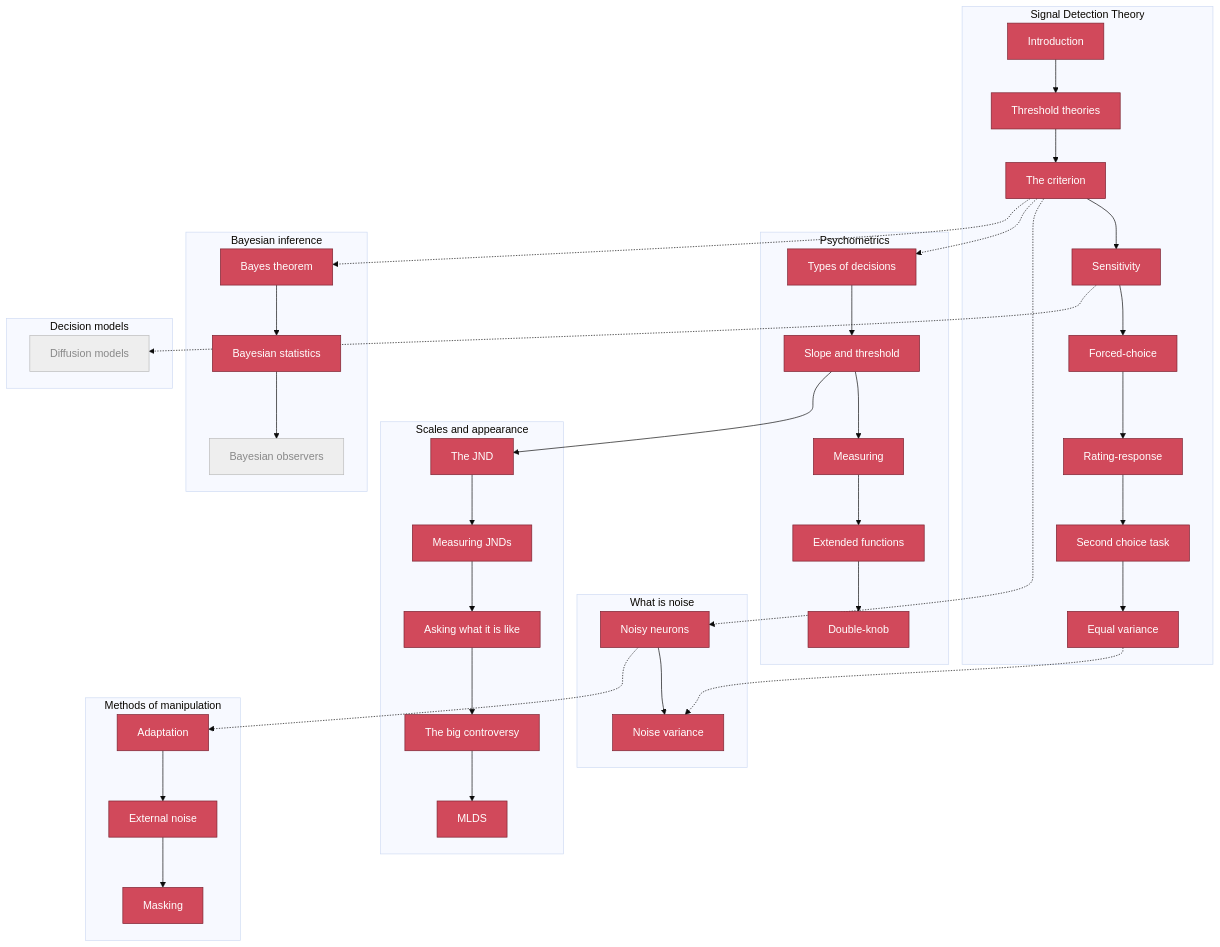
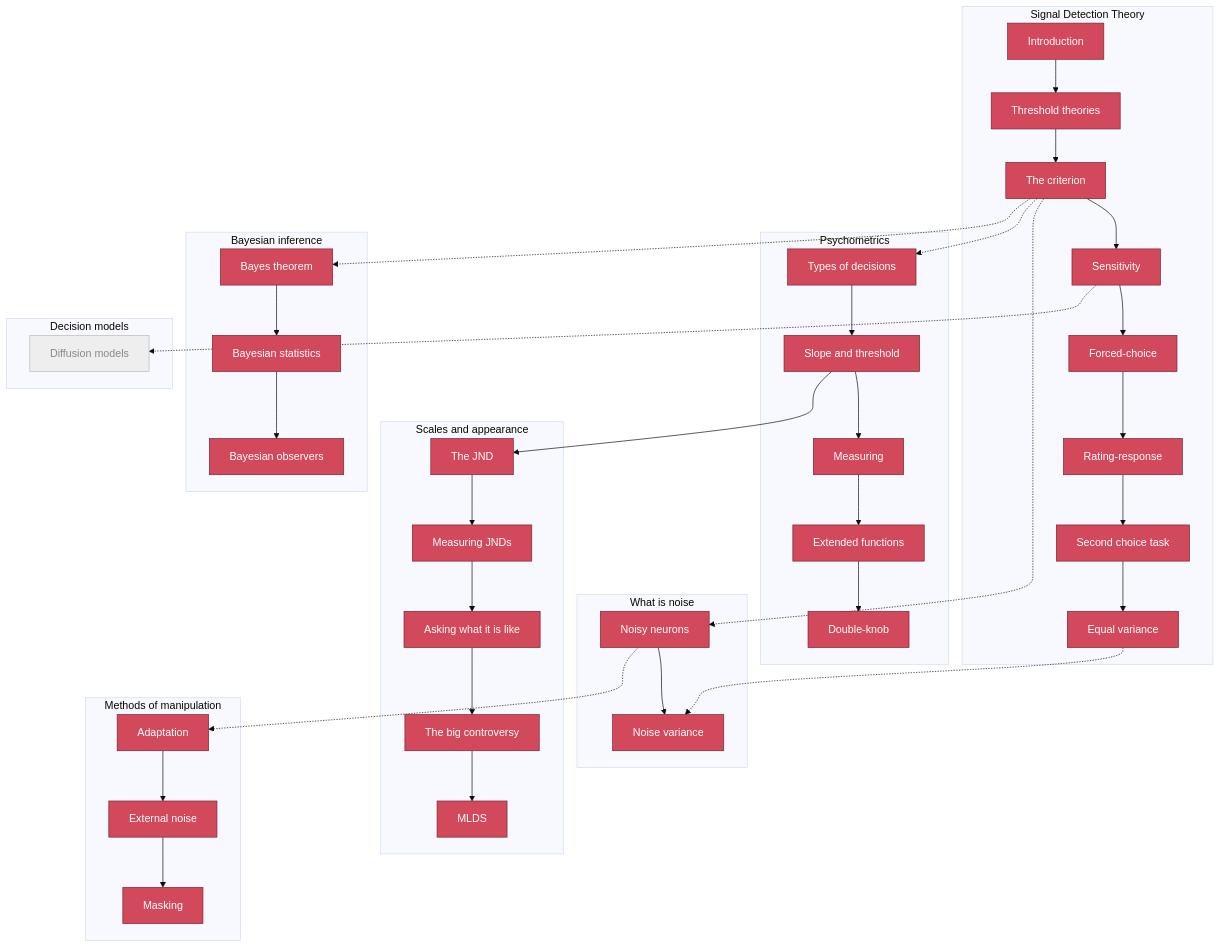
Before and after one commit to tbalsdon/psychophysical-choose-your-own-adventure: the diagram in sitemap.md, drawn with Mermaid (base theme). The commit also changed 10 other files, not shown here.

````diff
--- a/sitemap.md
+++ b/sitemap.md
@@ -75,8 +75,8 @@
 
     classDef done fill:#d1495b,stroke:#7a2230,color:#fff;
     classDef todo fill:#eee,stroke:#bbb,color:#888;
-    class a,b,d,e,f,g,h,i,nn,nv,pdec,pst,pme,pex,pdk,sjnd,sst,sask,sctrl,smlds,madapt,mext,mmask,bth,bstat done;
-    class bobs,dm1 todo;
+    class a,b,d,e,f,g,h,i,nn,nv,pdec,pst,pme,pex,pdk,sjnd,sst,sask,sctrl,smlds,madapt,mext,mmask,bth,bstat,bobs done;
+    class dm1 todo;
 
     click a "../modules/sdt-intro"
     click b "../modules/sdt-threshold-theories"
@@ -103,4 +103,5 @@
     click mmask "../modules/man-masking"
     click bth "../modules/bayes"
     click bstat "../modules/bayes-statistics"
+    click bobs "../modules/bayes-observers"
 ```
````
